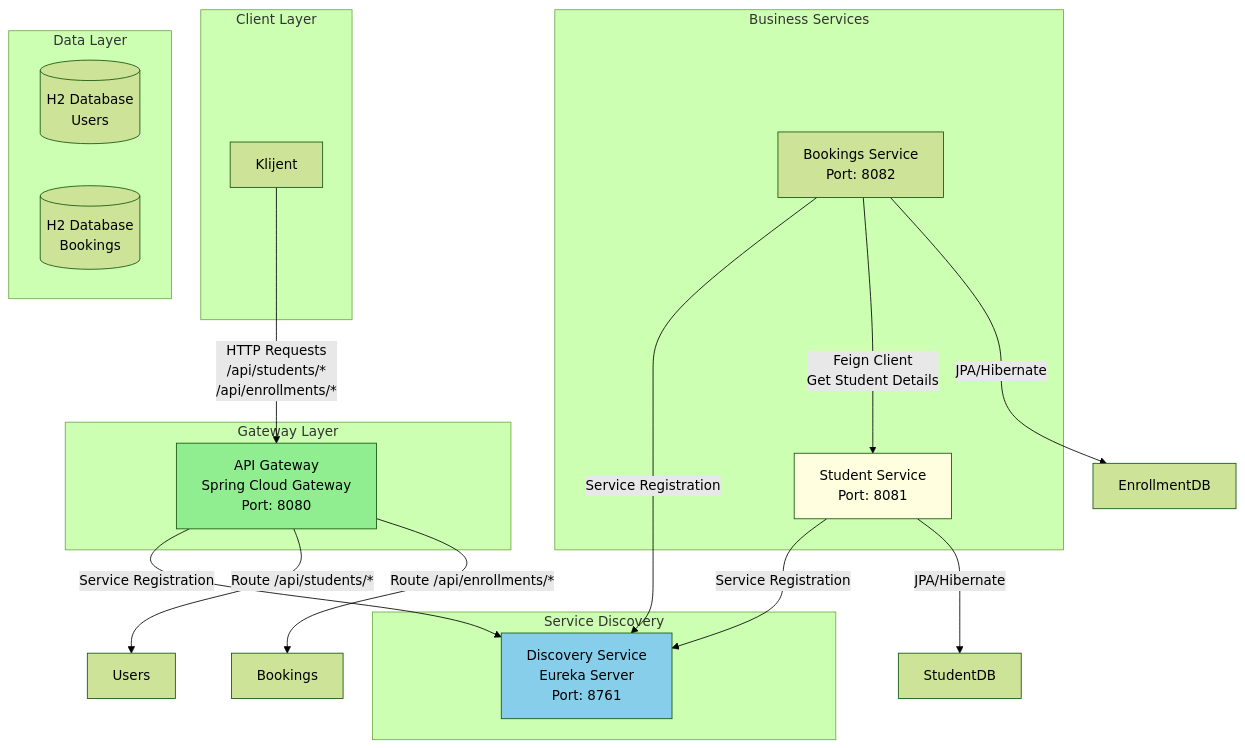
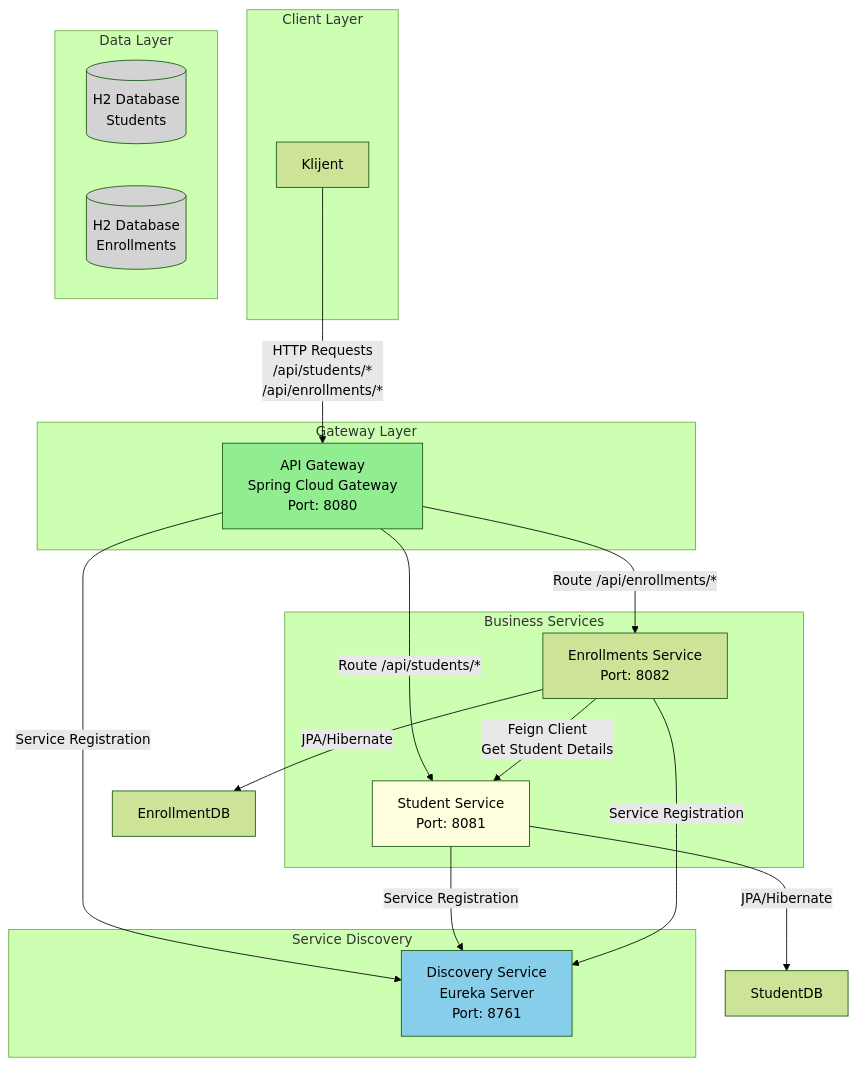
The diagram in README.md (n1kola24/studentski-upis), drawn with Mermaid (forest theme) before and after one commit. The commit also changed other lines of this file, not shown here.

Commit message:
Final readme

````diff
--- a/README.md
+++ b/README.md
@@ -19,49 +19,49 @@
 ```mermaid
 graph TB
     subgraph "Client Layer"
         Client[Klijent]
     end
     
     subgraph "Gateway Layer"
         Gateway[API Gateway<br/>Spring Cloud Gateway<br/>Port: 8080]
     end
     
     subgraph "Service Discovery"
         Discovery[Discovery Service<br/>Eureka Server<br/>Port: 8761]
     end
     
     subgraph "Business Services"
         Students[Student Service<br/>Port: 8081]
-        Enrollments[Bookings Service<br/>Port: 8082]
+        Enrollments[Enrollments Service<br/>Port: 8082]
     end
     
     subgraph "Data Layer"
-        UsersDB[(H2 Database<br/>Users)]
-        BookingsDB[(H2 Database<br/>Bookings)]
+        StudentsDB[(H2 Database<br/>Students)]
+        EnrollmentsDB[(H2 Database<br/>Enrollments)]
     end
     
     Client -->|HTTP Requests<br/>/api/students/*<br/>/api/enrollments/*| Gateway
     Gateway -->|Service Registration| Discovery
-    Gateway -->|Route /api/students/*| Users
-    Gateway -->|Route /api/enrollments/*| Bookings
+    Gateway -->|Route /api/students/*| Students
+    Gateway -->|Route /api/enrollments/*| Enrollments
     Students -->|Service Registration| Discovery
     Enrollments -->|Service Registration| Discovery
     Enrollments -->|Feign Client<br/>Get Student Details| Students
     Students -->|JPA/Hibernate| StudentDB
     Enrollments -->|JPA/Hibernate| EnrollmentDB
     
     classDef gateway fill:#90EE90,color:#000000
     classDef discovery fill:#87CEEB,color:#000000
     classDef students fill:#FFFFE0,color:#000000
     classDef enrollmentss fill:#F0E68C,color:#000000
     classDef database fill:#D3D3D3,color:#000000
     classDef subgraphLabel fill:#ffffff,color:#000000
     
     class Gateway gateway
     class Discovery discovery
     class Students students
     class Enrollments enrollments
     class StudentsDB,EnrollmentsDB database
     
     linkStyle default color:#000000
 ```
````
